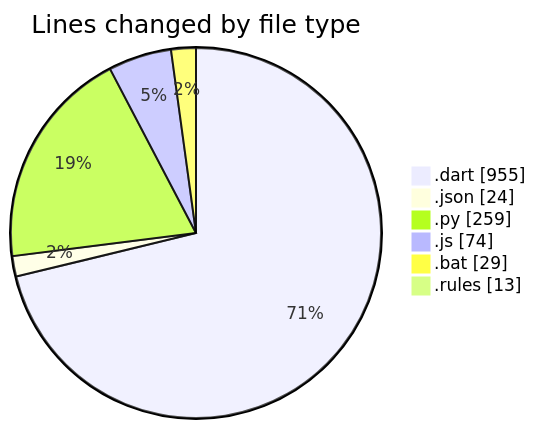
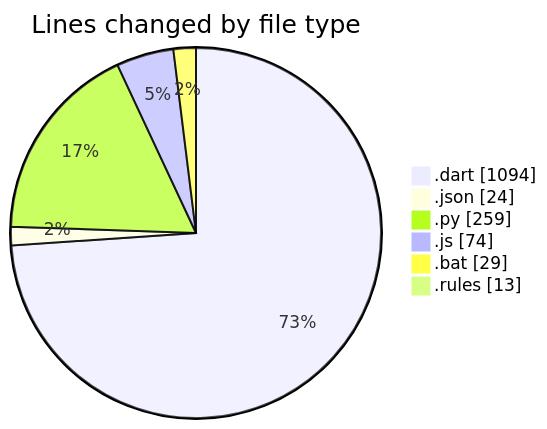
Before and after one commit to lephambinh05/code-tracking: the first of 2 diagrams in 2025-08-04/studybuddy/README.md, drawn with Mermaid. The commit also changed other lines of this file and 1 other file, not shown here.

````diff
--- a/2025-08-04/studybuddy/README.md
+++ b/2025-08-04/studybuddy/README.md
@@ -36,10 +37,10 @@
 ```mermaid
 pie showData
 title Lines changed by file type
-".dart" : 955
+".dart" : 1094
 ".json" : 24
 ".py" : 259
 ".js" : 74
 ".bat" : 29
 ".rules" : 13
 ```
````
